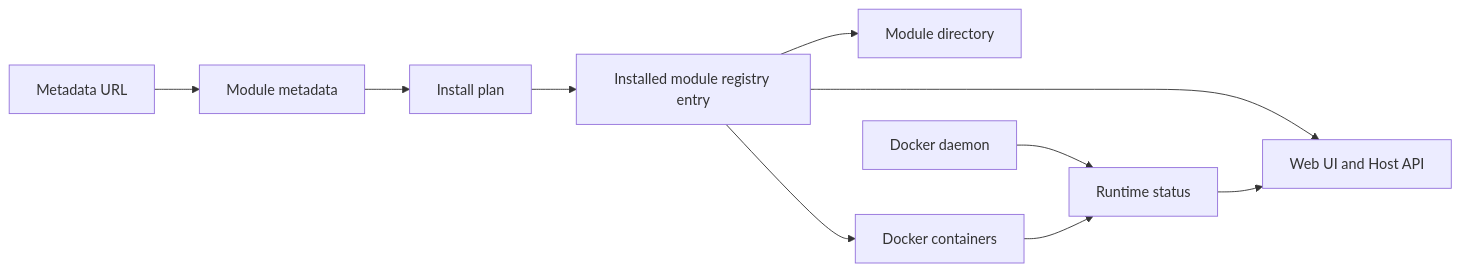
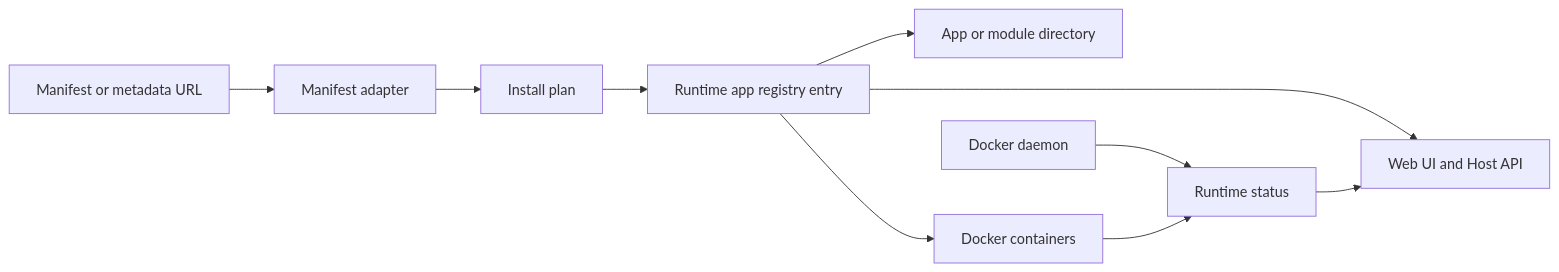
The diagram in docs/features/domain-model.md (alex-de-haas/docker-host), drawn with Mermaid before and after one commit. The commit also changed other lines of this file and 77 other files, not shown here.

````diff
--- a/docs/features/domain-model.md
+++ b/docs/features/domain-model.md
@@ -29,12 +31,12 @@
 ```mermaid
 flowchart LR
-  A["Metadata URL"] --> B["Module metadata"]
+  A["Manifest or metadata URL"] --> B["Manifest adapter"]
   B --> C["Install plan"]
-  C --> D["Installed module registry entry"]
-  D --> E["Module directory"]
+  C --> D["Runtime app registry entry"]
+  D --> E["App or module directory"]
   D --> F["Docker containers"]
   G["Docker daemon"] --> H["Runtime status"]
   F --> H
   D --> I["Web UI and Host API"]
   H --> I
 ```
````
